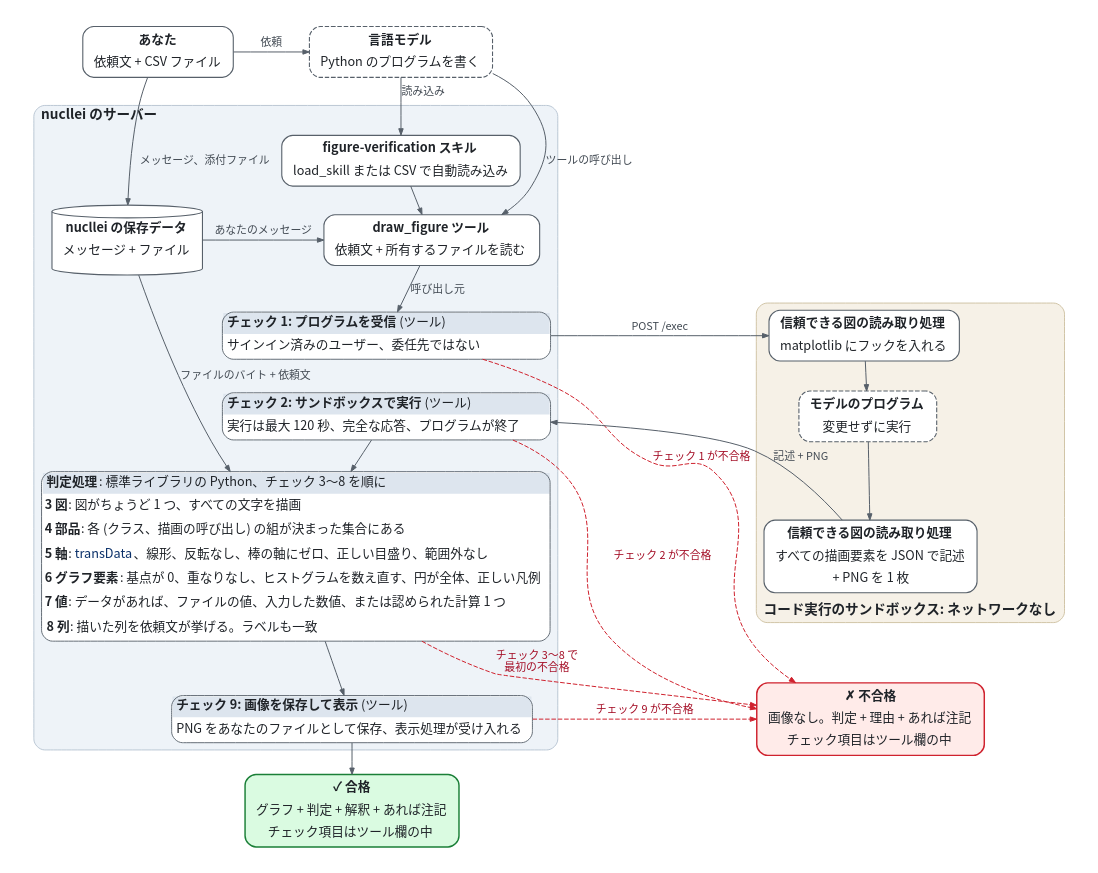
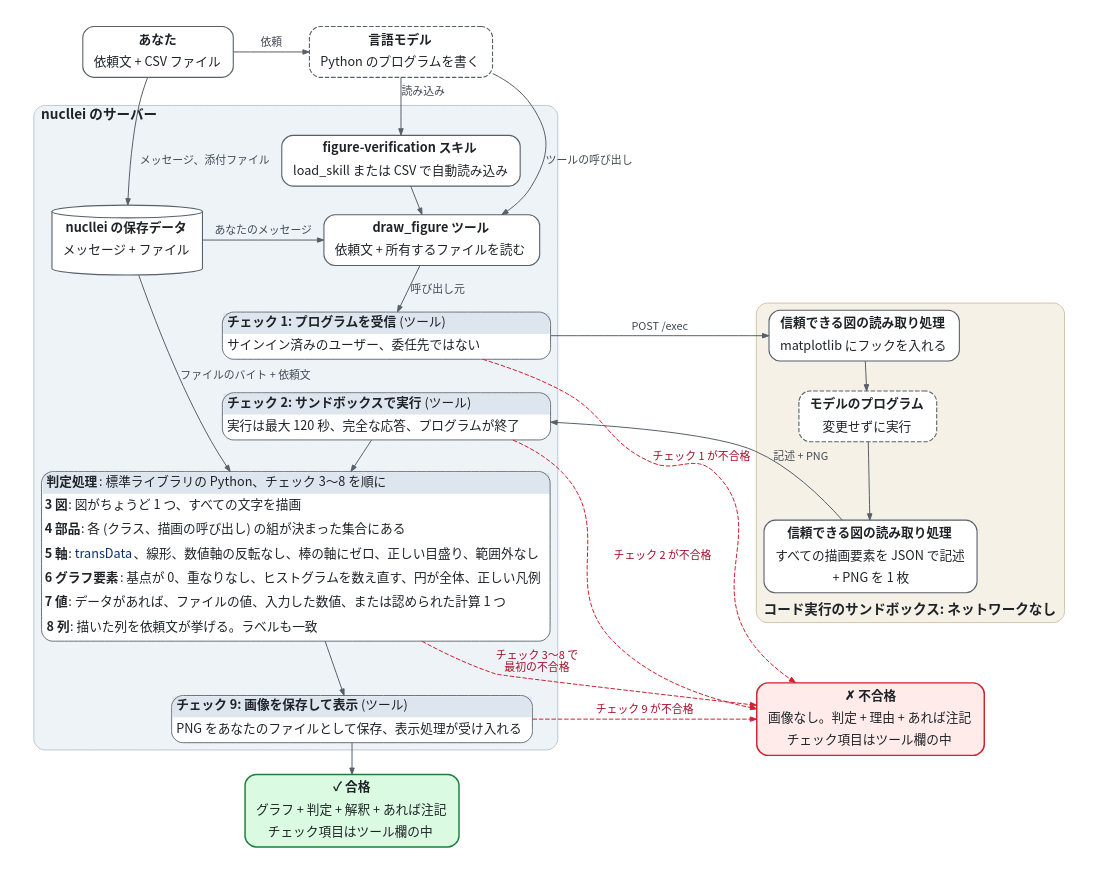
The diagram in docs/diagrams/verifier-nucllei.ja.dot (eturkes/figure-verification), drawn with Graphviz before and after one commit. The commit also changed 48 other files, not shown here.

```diff
--- a/docs/diagrams/verifier-nucllei.ja.dot
+++ b/docs/diagrams/verifier-nucllei.ja.dot
@@ -1,78 +1,78 @@
 // SPDX-License-Identifier: Apache-2.0 WITH LLVM-exception
 // 図の検証器が判定するしくみ: 処理の流れと、チェックごとの要約カード。tools/render_diagrams.py が
 // verifier-nucllei.ja.svg に描画します。すべての規則は docs/nucllei/checks.ja.md の表にあります。
 digraph verifier_nucllei {
   graph [fontname="Noto Sans CJK JP", fontsize=15, fontcolor="#1f2328", bgcolor="white",
          pad=0.3, nodesep=0.35, ranksep=0.28, newrank=true, compound=true];
   node [fontname="Noto Sans CJK JP", fontsize=14, fontcolor="#1f2328", shape=box,
         style="rounded,filled", fillcolor="white", color="#57606a", penwidth=1.2,
         margin="0.15,0.06"];
   edge [fontname="Noto Sans CJK JP", fontsize=12, fontcolor="#424a53", color="#57606a",
         arrowsize=0.7, penwidth=1.1];
 
   you [label=<<table border="0" cellborder="0" cellspacing="0" cellpadding="1"><tr><td height="24"><b>あなた</b></td></tr><tr><td height="24">依頼文 + CSV ファイル</td></tr></table>>];
   model [label=<<table border="0" cellborder="0" cellspacing="0" cellpadding="1"><tr><td height="24"><b>言語モデル</b></td></tr><tr><td height="24">Python のプログラムを書く</td></tr></table>>, style="rounded,dashed"];
 
   subgraph cluster_server {
     label=<<b>nucllei のサーバー</b>>; labeljust=l; style="rounded,filled";
     fillcolor="#eef3f8"; color="#b6c3d1";
     storage [label=<<table border="0" cellborder="0" cellspacing="0" cellpadding="1"><tr><td height="24"><b>nucllei の保存データ</b></td></tr><tr><td height="24">メッセージ + ファイル</td></tr></table>>, shape=cylinder, style=filled];
     skill [label=<<table border="0" cellborder="0" cellspacing="0" cellpadding="1"><tr><td height="24"><b>figure-verification スキル</b></td></tr><tr><td height="24">load_skill または CSV で自動読み込み</td></tr></table>>];
     tool [label=<<table border="0" cellborder="0" cellspacing="0" cellpadding="1"><tr><td height="24"><b>draw_figure ツール</b></td></tr><tr><td height="24">依頼文 + 所有するファイルを読む</td></tr></table>>];
     c1 [shape=plain, label=<<table border="1" cellborder="0" cellspacing="0" cellpadding="2" style="rounded" color="#57606a" bgcolor="white">
         <tr><td align="left" bgcolor="#dde5ee" cellpadding="4"><b>チェック 1: プログラムを受信</b> (ツール)</td></tr>
         <tr><td align="left" width="360" height="27" cellpadding="4">サインイン済みのユーザー、委任先ではない</td></tr></table>>];
     c2 [shape=plain, label=<<table border="1" cellborder="0" cellspacing="0" cellpadding="2" style="rounded" color="#57606a" bgcolor="white">
         <tr><td align="left" bgcolor="#dde5ee" cellpadding="4"><b>チェック 2: サンドボックスで実行</b> (ツール)</td></tr>
         <tr><td align="left" width="360" height="27" cellpadding="4">実行は最大 120 秒、完全な応答、プログラムが終了</td></tr></table>>];
 
     judge [shape=plain, label=<<table border="1" cellborder="0" cellspacing="0" cellpadding="2" style="rounded" color="#57606a" bgcolor="white">
         <tr><td align="left" bgcolor="#dde5ee" cellpadding="4"><b>判定処理</b>: 標準ライブラリの Python、チェック 3〜8 を順に</td></tr>
         <tr><td align="left" height="27"><b>3 図</b>: 図がちょうど 1 つ、すべての文字を描画</td></tr>
         <tr><td align="left" height="27"><b>4 部品</b>: 各 (クラス、描画の呼び出し) の組が決まった集合にある</td></tr>
-        <tr><td align="left" height="27"><b>5 軸</b>: <font color="#0a3069">transData</font>、線形、反転なし、棒の軸にゼロ、正しい目盛り、範囲外なし</td></tr>
+        <tr><td align="left" height="27"><b>5 軸</b>: <font color="#0a3069">transData</font>、線形、数値軸の反転なし、棒の軸にゼロ、正しい目盛り、範囲外なし</td></tr>
         <tr><td align="left" height="27"><b>6 グラフ要素</b>: 基点が 0、重なりなし、ヒストグラムを数え直す、円が全体、正しい凡例</td></tr>
         <tr><td align="left" height="27"><b>7 値</b>: データがあれば、ファイルの値、入力した数値、または認められた計算 1 つ</td></tr>
         <tr><td align="left" height="27" cellpadding="4"><b>8 列</b>: 描いた列を依頼文が挙げる。ラベルも一致</td></tr></table>>];
 
     c9 [shape=plain, label=<<table border="1" cellborder="0" cellspacing="0" cellpadding="2" style="rounded" color="#57606a" bgcolor="white">
         <tr><td align="left" bgcolor="#dde5ee" cellpadding="4"><b>チェック 9: 画像を保存して表示</b> (ツール)</td></tr>
         <tr><td align="left" width="360" height="27" cellpadding="4">PNG をあなたのファイルとして保存、表示処理が受け入れる</td></tr></table>>];
   }
 
   subgraph cluster_sandbox {
     label=<<b>コード実行のサンドボックス: ネットワークなし</b>>; labeljust=l; labelloc=b; style="rounded,filled";
     fillcolor="#f6f1e7"; color="#cdbf9f";
     hook [label=<<table border="0" cellborder="0" cellspacing="0" cellpadding="1"><tr><td height="24"><b>信頼できる図の読み取り処理</b></td></tr><tr><td height="24">matplotlib にフックを入れる</td></tr></table>>];
     program [label=<<table border="0" cellborder="0" cellspacing="0" cellpadding="1"><tr><td height="24"><b>モデルのプログラム</b></td></tr><tr><td height="24">変更せずに実行</td></tr></table>>, style="rounded,dashed,filled"];
     describe [label=<<table border="0" cellborder="0" cellspacing="0" cellpadding="1"><tr><td height="24"><b>信頼できる図の読み取り処理</b></td></tr><tr><td height="24">すべての描画要素を JSON で記述</td></tr><tr><td height="24">+ PNG を 1 枚</td></tr></table>>];
   }
 
   pass [label=<<table border="0" cellborder="0" cellspacing="0" cellpadding="1"><tr><td height="24"><b>✓ 合格</b></td></tr><tr><td height="24">グラフ + 判定 + 解釈 + あれば注記</td></tr><tr><td height="24">チェック項目はツール欄の中</td></tr></table>>, color="#1a7f37", fillcolor="#dafbe1", penwidth=1.6];
   fail [label=<<table border="0" cellborder="0" cellspacing="0" cellpadding="1"><tr><td height="24"><b>✗ 不合格</b></td></tr><tr><td height="24">画像なし。判定 + 理由 + あれば注記</td></tr><tr><td height="24">チェック項目はツール欄の中</td></tr></table>>, color="#cf222e", fillcolor="#ffebe9", penwidth=1.6];
 
   { rank=same; you; model; }
   { rank=same; storage; tool; }
   { rank=same; c1; hook; }
   { rank=same; c9; fail; }
 
   you -> model [label="依頼"];
   you -> storage [label="メッセージ、添付ファイル"];
   model -> skill [label="読み込み"];
   skill -> tool;
   model -> tool [label="ツールの呼び出し"];
   storage -> tool [label="あなたのメッセージ"];
   tool -> c1 [label="呼び出し元"];
   c1 -> hook [label="POST /exec"];
   hook -> program -> describe;
   describe -> c2 [label="記述 + PNG", constraint=false];
   c1 -> c2 [style=invis];
   describe -> fail [style=invis, weight=8];
   c2 -> judge -> c9 -> pass;
   storage -> judge [label="ファイルのバイト + 依頼文"];
   edge [color="#cf222e", fontcolor="#a40e26", style=dashed];
   c1 -> fail [label="チェック 1 が不合格"];
   c2 -> fail [label="チェック 2 が不合格"];
   judge -> fail [label="チェック 3〜8 で\n最初の不合格"];
   c9 -> fail [label="チェック 9 が不合格"];
 }
```
